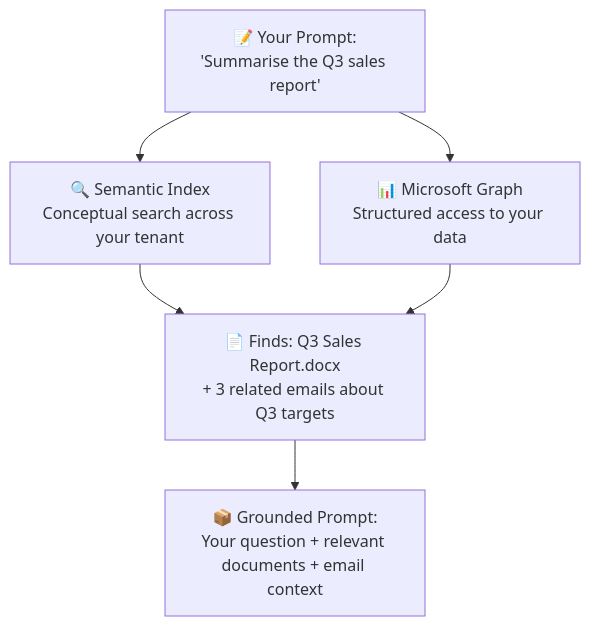
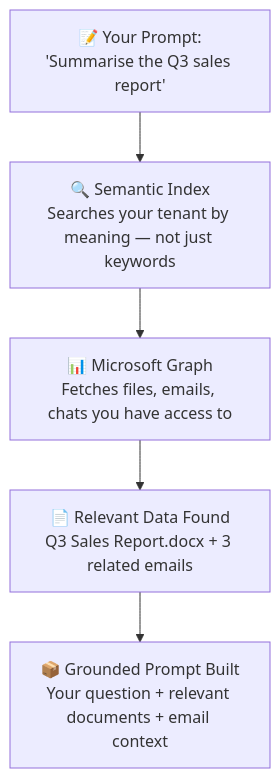
Before and after one commit to susanthgit/aguidetocloud-revamp: the fourth of 8 diagrams in content/blog/how-microsoft-365-copilot-works-layer-by-layer.md, drawn with Mermaid. The commit also changed other lines of this file, not shown here.

First line of the commit message:
improve: SME review — fix Mermaid diagrams + add TL;DR + misconceptions

````diff
--- a/content/blog/how-microsoft-365-copilot-works-layer-by-layer.md
+++ b/content/blog/how-microsoft-365-copilot-works-layer-by-layer.md
@@ -220,8 +235,7 @@
 ```mermaid
 flowchart TD
-    A["📝 Your Prompt:<br/>'Summarise the Q3 sales report'"] --> B["🔍 Semantic Index<br/>Conceptual search across your tenant"]
-    A --> C["📊 Microsoft Graph<br/>Structured access to your data"]
-    B --> D["📄 Finds: Q3 Sales Report.docx<br/>+ 3 related emails about Q3 targets"]
-    C --> D
-    D --> E["📦 Grounded Prompt:<br/>Your question + relevant documents + email context"]
+    A["📝 Your Prompt:<br/>'Summarise the Q3 sales report'"] --> B["🔍 Semantic Index<br/>Searches your tenant by meaning — not just keywords"]
+    B --> C["📊 Microsoft Graph<br/>Fetches files, emails, chats you have access to"]
+    C --> D["📄 Relevant Data Found<br/>Q3 Sales Report.docx + 3 related emails"]
+    D --> E["📦 Grounded Prompt Built<br/>Your question + relevant documents + email context"]
 ```
````
